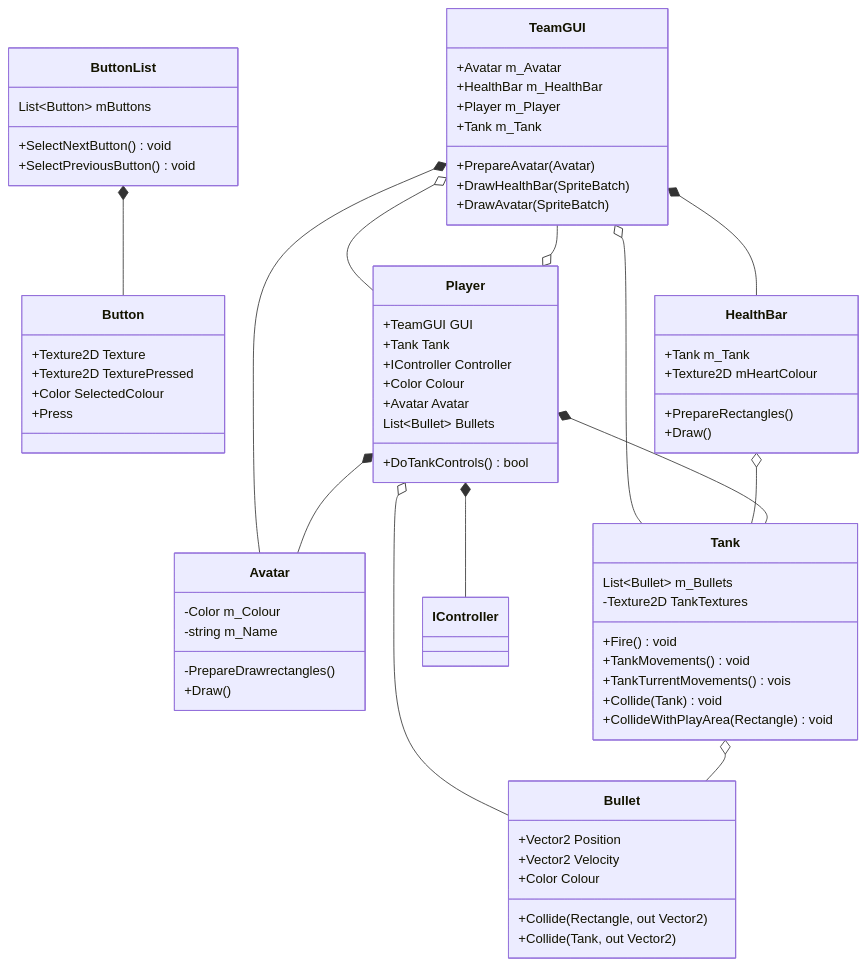
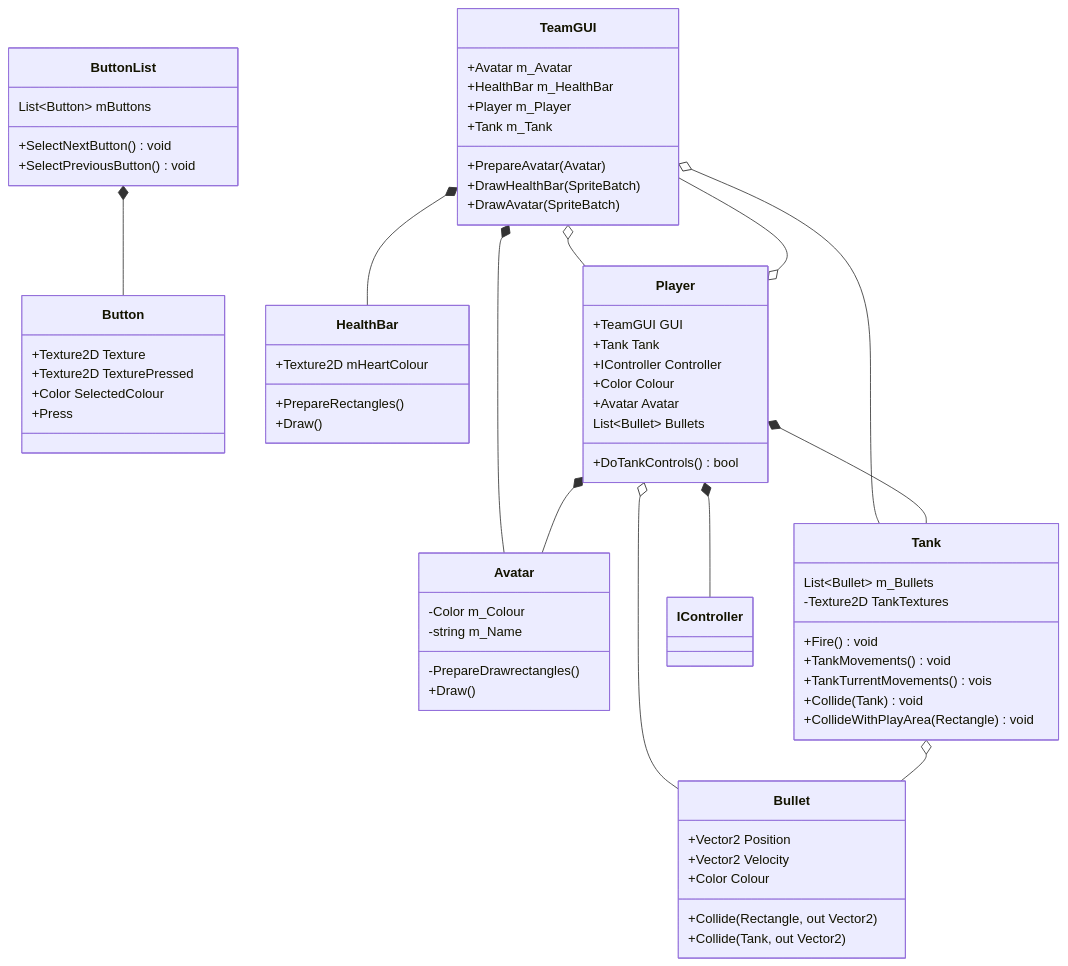
One commit to Spoingus/TroublesomeTanks_CDP changed the second of 2 diagrams in README.md. Above: the diagram before and after it, drawn with Mermaid.

````diff
--- a/README.md
+++ b/README.md
@@ -45,74 +45,72 @@
 ```mermaid
 classDiagram
     ButtonList *-- Button
     class ButtonList{
         List~Button~ mButtons
         +SelectNextButton() void
         +SelectPreviousButton() void
     }
     class Button{
         +Texture2D Texture
         +Texture2D TexturePressed
         +Color SelectedColour
         +Press
     }
 
     TeamGUI *-- Avatar
     TeamGUI *-- HealthBar
     TeamGUI o-- Player
     TeamGUI o-- Tank
-    HealthBar o-- Tank
     class TeamGUI{
         +Avatar m_Avatar
         +HealthBar m_HealthBar
         +Player m_Player
         +Tank m_Tank
         +PrepareAvatar(Avatar)
         +DrawHealthBar(SpriteBatch)
         +DrawAvatar(SpriteBatch)
     }
     class Avatar{
         -Color m_Colour
         -string m_Name
         -PrepareDrawrectangles()
         +Draw()
     }
     class HealthBar{
-        +Tank m_Tank
         +Texture2D mHeartColour
         +PrepareRectangles()
         +Draw()
     }
     Player o-- TeamGUI
     Player *-- Tank
     Player *-- Avatar
     Player *-- IController
     Player o-- Bullet
     class Player{
         +TeamGUI GUI
         +Tank Tank
         +IController Controller
         +Color Colour
         +Avatar Avatar
         List~Bullet~ Bullets
         +DoTankControls() bool
     }
     Tank o-- Bullet
     class Tank{
         List~Bullet~ m_Bullets
         -Texture2D TankTextures
         +Fire() void
         +TankMovements() void
         +TankTurrentMovements() vois
         +Collide(Tank) void
         +CollideWithPlayArea(Rectangle) void
     }
     class Bullet{
         +Vector2 Position
         +Vector2 Velocity
         +Color Colour
         +Collide(Rectangle, out Vector2)
         +Collide(Tank, out Vector2)
     }
    
 ```
````
